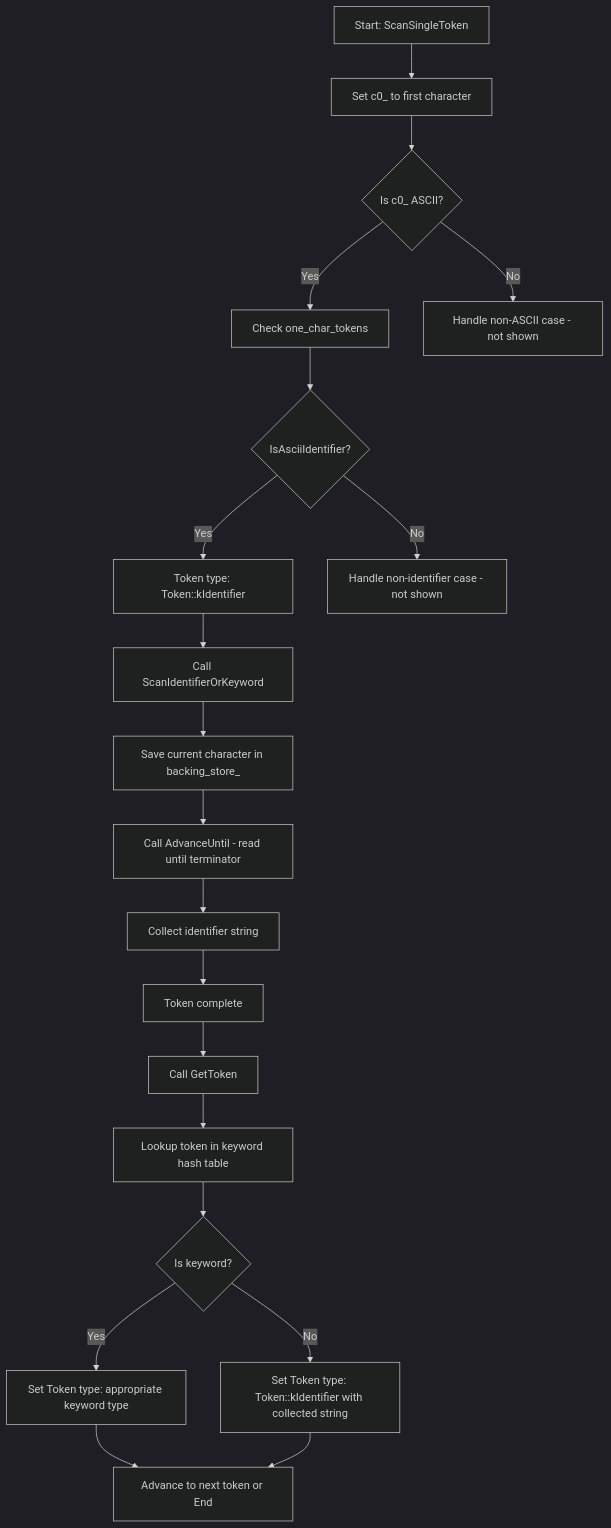
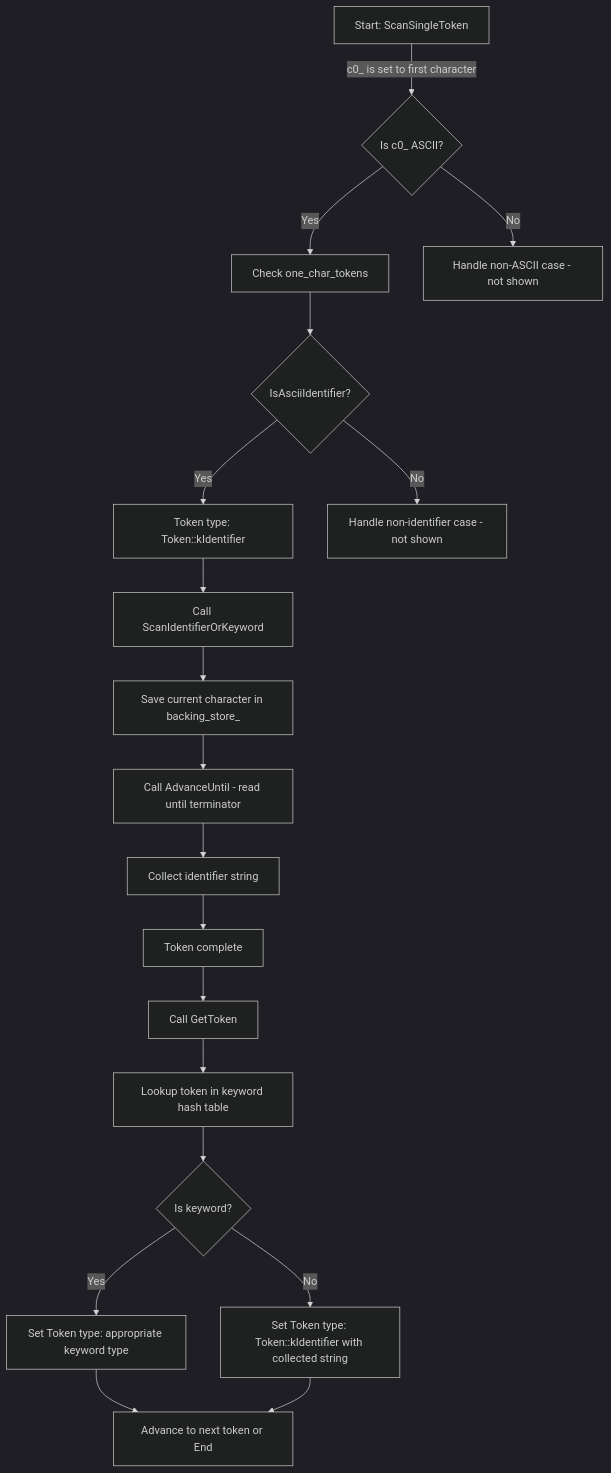
Before and after one commit to w1redch4d/blog: the second of 2 diagrams in BloggerCh4d/content/post/Lexical-Analysis.md, drawn with Mermaid (dark theme).

Commit message:
fixes mermaid graph

```diff
--- a/BloggerCh4d/content/post/Lexical-Analysis.md
+++ b/BloggerCh4d/content/post/Lexical-Analysis.md
@@ -127,22 +127,21 @@
 {{< mermaid >}}
 graph TD
-    A[Start: ScanSingleToken] --> B[Set c0_ to first character]
-    B --> C{Is c0_ ASCII?}
+    A[Start: ScanSingleToken] -- c0_ is set to first character --> C{Is c0_ ASCII?}
     C -- Yes --> D[Check one_char_tokens]
     D --> E{IsAsciiIdentifier?}
     E -- Yes --> F[Token type: Token::kIdentifier]
     F --> G[Call ScanIdentifierOrKeyword]
     G --> H[Save current character in backing_store_]
     H --> I[Call AdvanceUntil - read until terminator]
     I --> J[Collect identifier string]
     J --> K[Token complete]
     K --> L[Call GetToken]
     L --> M[Lookup token in keyword hash table]
     M --> N{Is keyword?}
     N -- Yes --> O[Set Token type: appropriate keyword type]
     N -- No --> P[Set Token type: Token::kIdentifier with collected string]
     O --> Q[Advance to next token or End]
     P --> Q[Advance to next token or End]
     C -- No --> R[Handle non-ASCII case - not shown]
     E -- No --> S[Handle non-identifier case - not shown]
 {{< /mermaid >}}
```
